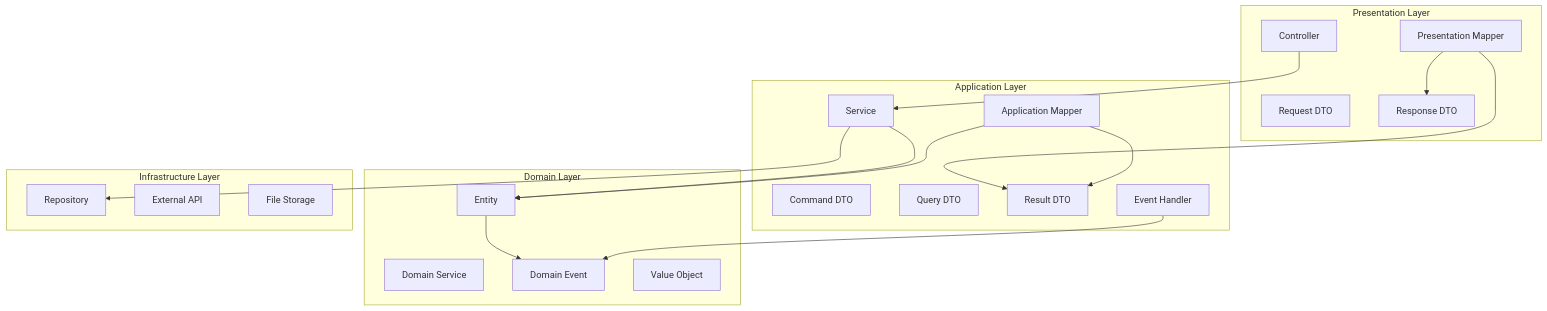
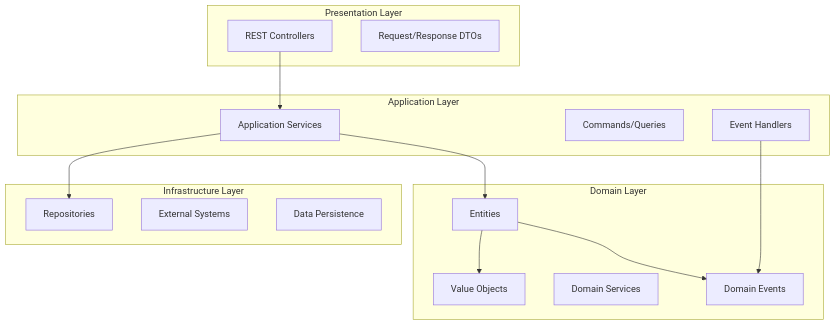
The first of 5 diagrams in PORTFOLIO.md (XIYO/ttodo-api), drawn with Mermaid before and after one commit. The commit also changed other lines of this file and 32 other files, not shown here.

````diff
--- a/PORTFOLIO.md
+++ b/PORTFOLIO.md
@@ -56,41 +31,33 @@
 ```mermaid
 graph TB
     subgraph "Presentation Layer"
-        CONTROLLER[Controller]
-        REQ_DTO[Request DTO]
-        RES_DTO[Response DTO]
-        PRES_MAPPER[Presentation Mapper]
+        Controller[REST Controllers]
+        DTO1[Request/Response DTOs]
     end
     
     subgraph "Application Layer"
-        SERVICE[Service]
-        COMMAND[Command DTO]
-        QUERY[Query DTO]
-        RESULT[Result DTO]
-        APP_MAPPER[Application Mapper]
-        EVENT_HANDLER[Event Handler]
+        Service[Application Services]
+        Command[Commands/Queries]
+        Handler[Event Handlers]
     end
     
     subgraph "Domain Layer"
-        ENTITY[Entity]
-        DOMAIN_SERVICE[Domain Service]
-        DOMAIN_EVENT[Domain Event]
-        VALUE_OBJECT[Value Object]
+        Entity[Entities]
+        VO[Value Objects]
+        DomainService[Domain Services]
+        DomainEvent[Domain Events]
     end
     
     subgraph "Infrastructure Layer"
-        REPOSITORY[Repository]
-        EXTERNAL_API[External API]
-        FILE_STORAGE[File Storage]
+        Repository[Repositories]
+        External[External Systems]
+        Persistence[Data Persistence]
     end
     
-    CONTROLLER --> SERVICE
-    SERVICE --> ENTITY
-    SERVICE --> REPOSITORY
-    ENTITY --> DOMAIN_EVENT
-    EVENT_HANDLER --> DOMAIN_EVENT
-    PRES_MAPPER --> RESULT
-    PRES_MAPPER --> RES_DTO
-    APP_MAPPER --> ENTITY
-    APP_MAPPER --> RESULT
+    Controller --> Service
+    Service --> Entity
+    Service --> Repository
+    Entity --> VO
+    Entity --> DomainEvent
+    Handler --> DomainEvent
 ```
````
